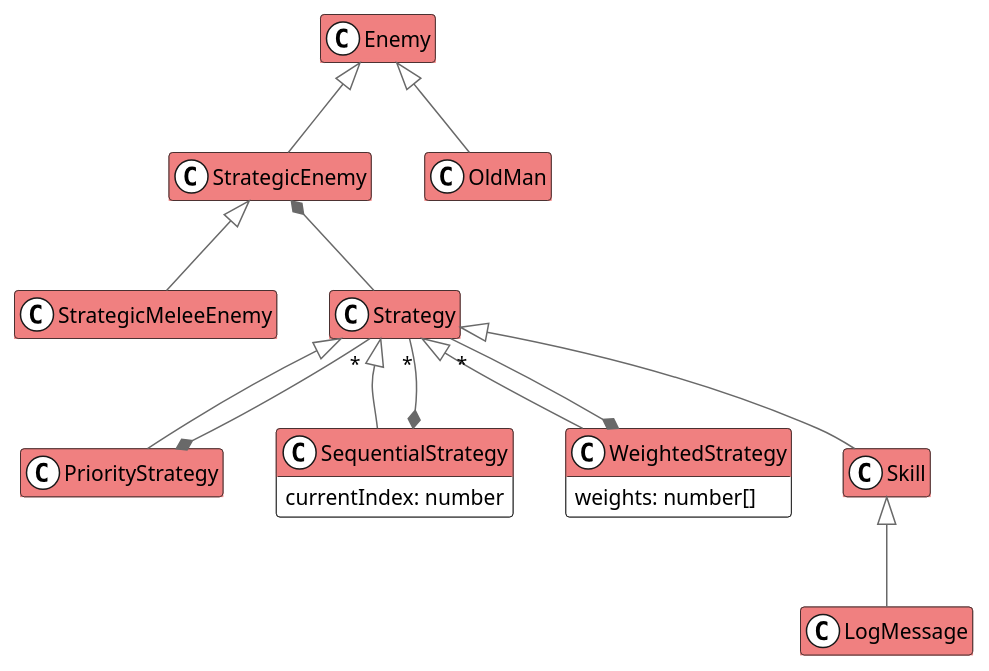
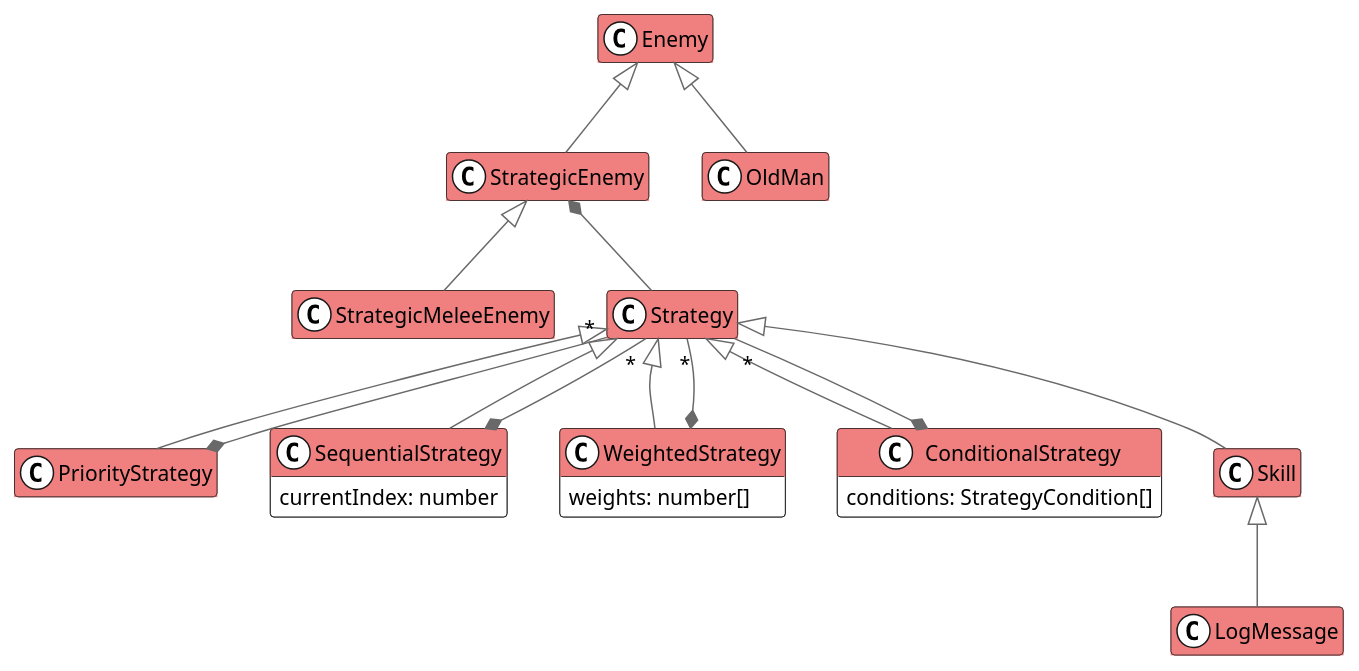
Before and after one commit to fbeaufume/draconis: the diagram in doc/model-enemy.puml, drawn with PlantUML. The commit also changed 5 other files, not shown here.

Commit message:
Added a conditional strategy

```diff
--- a/doc/model-enemy.puml
+++ b/doc/model-enemy.puml
@@ -1,45 +1,51 @@
 @startuml
 
 scale 1.0
 hide empty methods
 hide empty attributes
 skinparam arrowColor #DimGray
 <style>
 spotClass { BackgroundColor white }
 </style>
 skinparam class {
   BackgroundColor White
   HeaderBackgroundColor LightCoral
 }
 
 class Enemy {
 }
 
 class Skill {
 }
 
 class PriorityStrategy {
 }
 
 class SequentialStrategy {
   currentIndex: number
 }
 
 class WeightedStrategy {
   weights: number[]
 }
 
+class ConditionalStrategy {
+  conditions: StrategyCondition[]
+}
+
 Enemy <|-- StrategicEnemy
 Enemy <|-- OldMan
 StrategicEnemy <|-- StrategicMeleeEnemy
 StrategicEnemy *-- Strategy
 Strategy <|-- Skill
 Skill <|-- LogMessage
 Strategy <|-- PriorityStrategy
 Strategy <|-- SequentialStrategy
 Strategy <|-- WeightedStrategy
+Strategy <|-- ConditionalStrategy
 PriorityStrategy *-- "*" Strategy
 SequentialStrategy *-- "*" Strategy
 WeightedStrategy *-- "*" Strategy
+ConditionalStrategy *-- "*" Strategy
 
 @enduml
```
